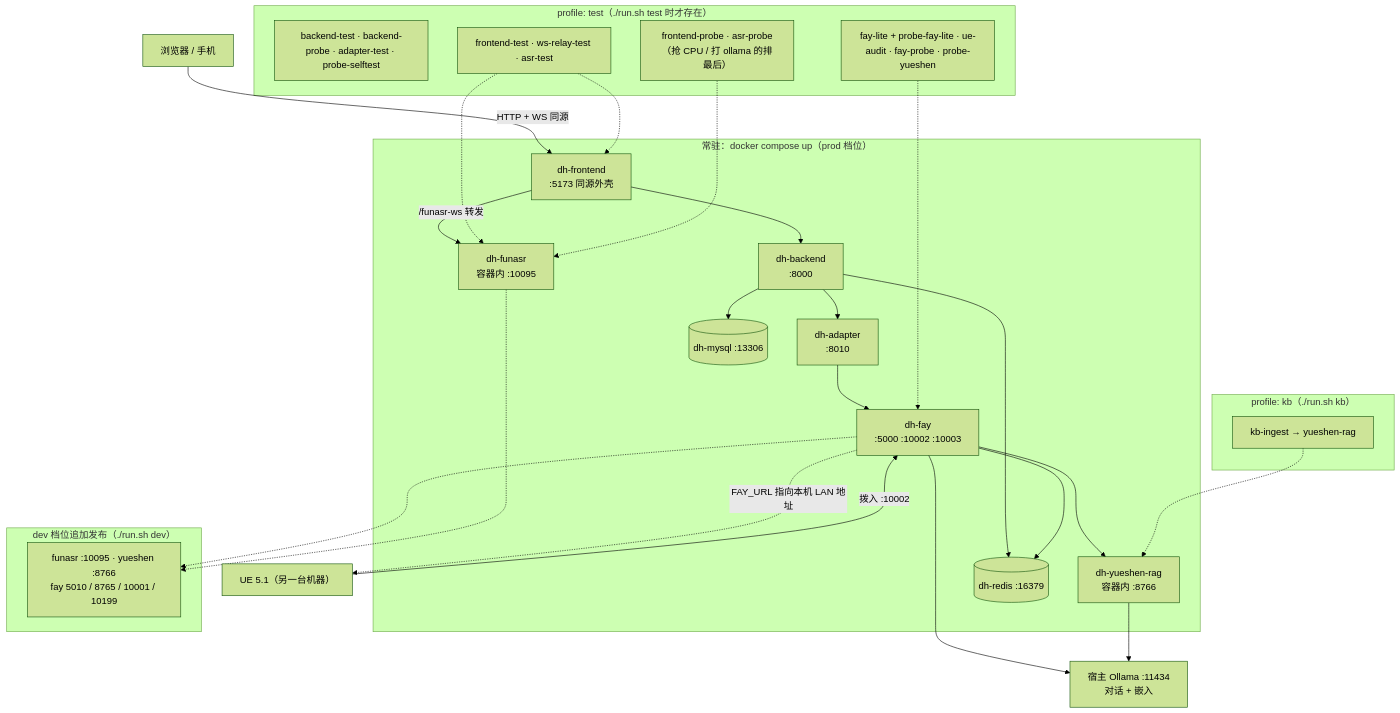
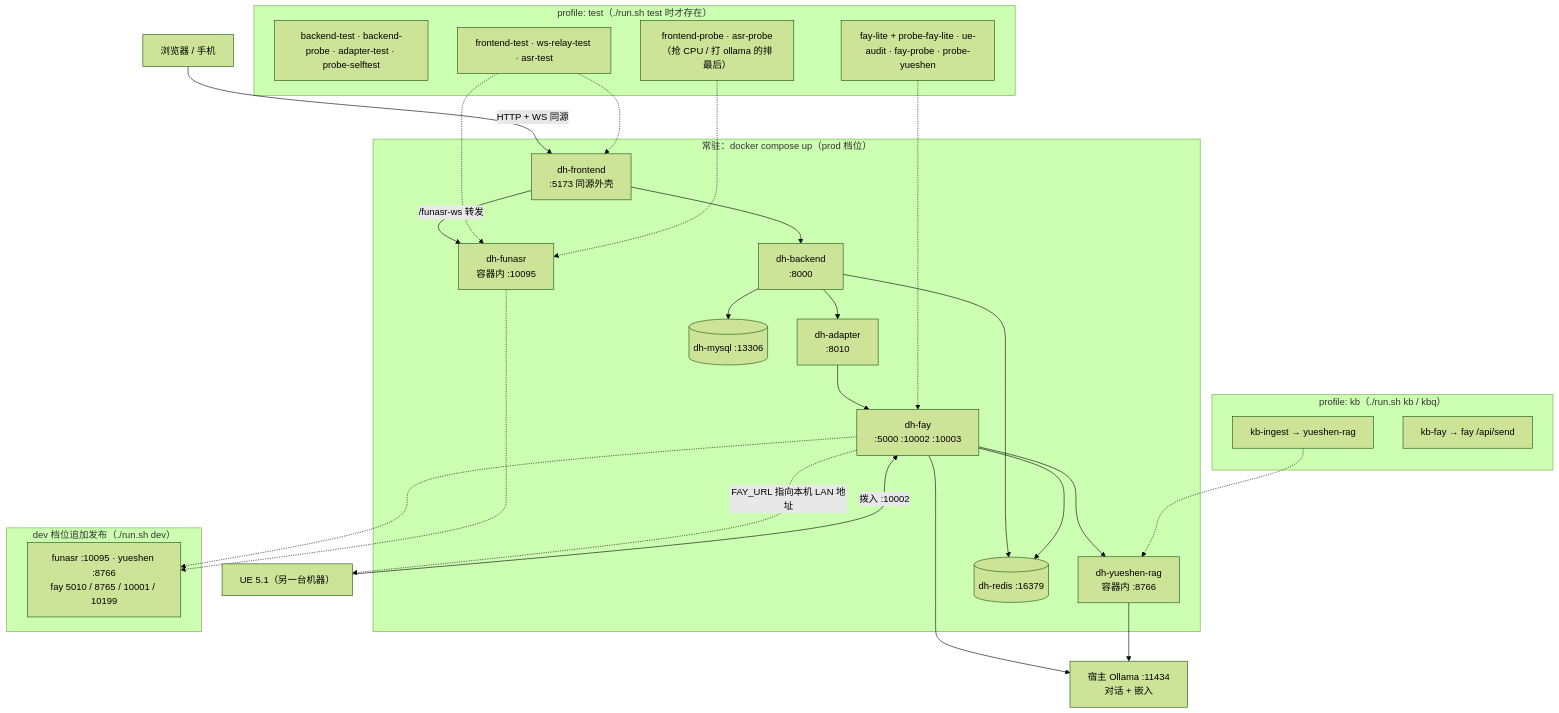
One commit to greenhandzdl/DigitalHuman-containerd changed the first of 2 diagrams in README.md. Above: the diagram before and after it, drawn with Mermaid (forest theme). The commit also changed other lines of this file and 3 other files, not shown here.

First line of the commit message:
新增 ./run.sh kbq：从业务口那一问的原始回帧判知识库有没有被注入，软证据那条只报不判红

````diff
--- a/README.md
+++ b/README.md
@@ -70,52 +73,53 @@
 ```mermaid
 flowchart TB
   BRO["浏览器 / 手机"]
   UEX["UE 5.1（另一台机器）"]
   OLL["宿主 Ollama :11434<br/>对话 + 嵌入"]
 
   subgraph PROD["常驻：docker compose up（prod 档位）"]
     FE["dh-frontend<br/>:5173 同源外壳"]
     BK["dh-backend<br/>:8000"]
     AP["dh-adapter<br/>:8010"]
     FY["dh-fay<br/>:5000 :10002 :10003"]
     FS["dh-funasr<br/>容器内 :10095"]
     YS["dh-yueshen-rag<br/>容器内 :8766"]
     MY[("dh-mysql :13306")]
     RE[("dh-redis :16379")]
   end
 
   subgraph DEVD["dev 档位追加发布（./run.sh dev）"]
     DX["funasr :10095 · yueshen :8766<br/>fay 5010 / 8765 / 10001 / 10199"]
   end
 
   subgraph TST["profile: test（./run.sh test 时才存在）"]
     T1["backend-test · backend-probe · adapter-test · probe-selftest"]
     T2["frontend-test · ws-relay-test · asr-test"]
     T3["fay-lite + probe-fay-lite · ue-audit · fay-probe · probe-yueshen"]
     T4["frontend-probe · asr-probe（抢 CPU / 打 ollama 的排最后）"]
   end
 
-  subgraph KBP["profile: kb（./run.sh kb）"]
+  subgraph KBP["profile: kb（./run.sh kb / kbq）"]
     KI["kb-ingest → yueshen-rag"]
+    KF["kb-fay → fay /api/send"]
   end
 
   BRO -->|"HTTP + WS 同源"| FE
   FE --> BK
   FE -->|"/funasr-ws 转发"| FS
   BK --> AP --> FY
   FY --> OLL
   YS --> OLL
   FY --> YS
   BK --> MY
   BK --> RE
   FY --> RE
   UEX -->|"拨入 :10002"| FY
   FY -.->|"FAY_URL 指向本机 LAN 地址"| UEX
   FY -.-> DX
   FS -.-> DX
   T2 -.-> FE
   T2 -.-> FS
   T3 -.-> FY
   T4 -.-> FS
   KI -.-> YS
 ```
````
